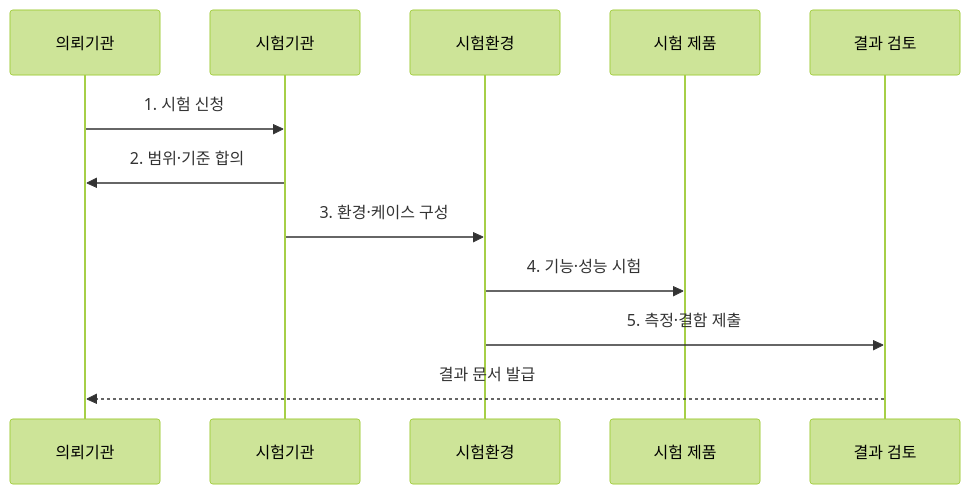
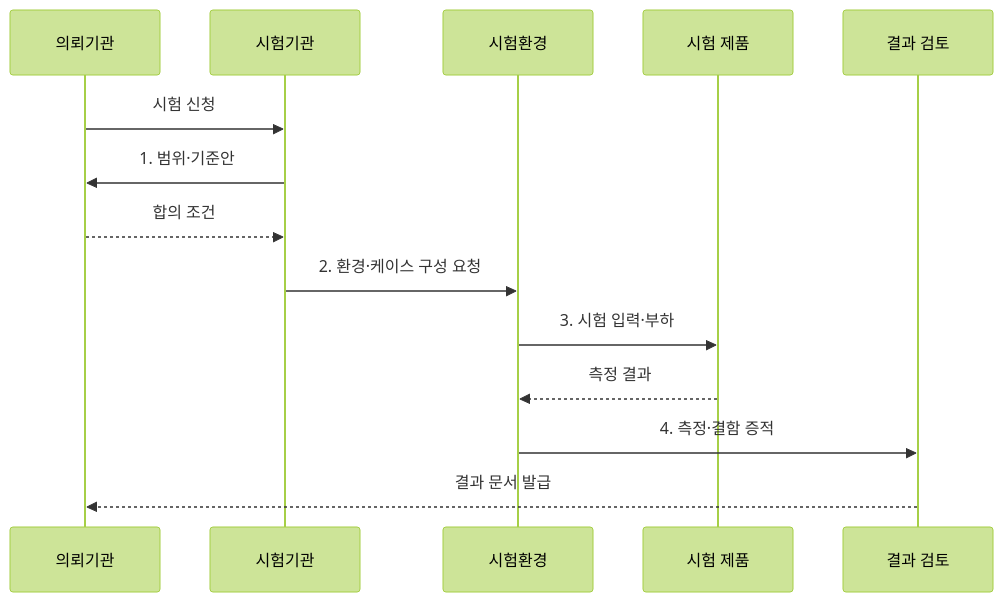
Before and after one commit to agnusdei1207/knowledge-base: the second of 2 diagrams in src/content/docs/notes/03-software/186_tta_sw_quality_test.md, drawn with Mermaid (forest theme). The commit also changed other lines of this file and 20 other files, not shown here.

````diff
--- a/src/content/docs/notes/03-software/186_tta_sw_quality_test.md
+++ b/src/content/docs/notes/03-software/186_tta_sw_quality_test.md
@@ -77,14 +77,16 @@
 ```mermaid
 sequenceDiagram
     participant C as 의뢰기관
     participant T as 시험기관
     participant E as 시험환경
     participant P as 시험 제품
     participant R as 결과 검토
-    C->>T: 1. 시험 신청
-    T->>C: 2. 범위·기준 합의
-    T->>E: 3. 환경·케이스 구성
-    E->>P: 4. 기능·성능 시험
-    E->>R: 5. 측정·결함 제출
+    C->>T: 시험 신청
+    T->>C: 1. 범위·기준안
+    C-->>T: 합의 조건
+    T->>E: 2. 환경·케이스 구성 요청
+    E->>P: 3. 시험 입력·부하
+    P-->>E: 측정 결과
+    E->>R: 4. 측정·결함 증적
     R-->>C: 결과 문서 발급
 ```
````
